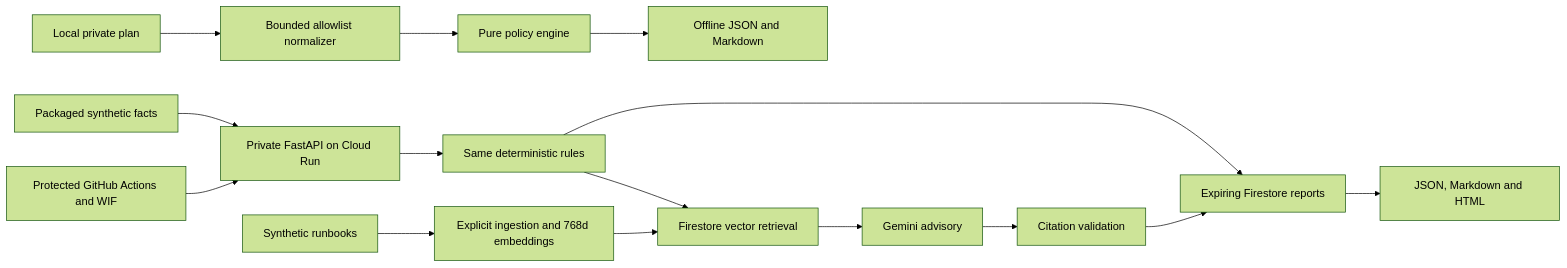
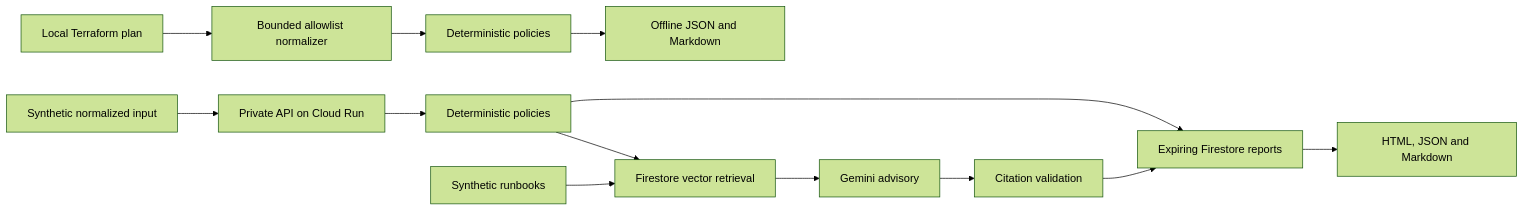
The diagram in README.md (mdaninas/terramind-gcp), drawn with Mermaid (forest theme) before and after one commit. The commit also changed other lines of this file, not shown here.

````diff
--- a/README.md
+++ b/README.md
@@ -112,17 +138,15 @@
 ```mermaid
 flowchart LR
-    A[Local private plan] --> B[Bounded allowlist normalizer]
-    B --> C[Pure policy engine]
+    A[Local Terraform plan] --> B[Bounded allowlist normalizer]
+    B --> C[Deterministic policies]
     C --> D[Offline JSON and Markdown]
-    S[Packaged synthetic facts] --> E[Private FastAPI on Cloud Run]
-    E --> F[Same deterministic rules]
+    S[Synthetic normalized input] --> E[Private API on Cloud Run]
+    E --> F[Deterministic policies]
     F --> G[Firestore vector retrieval]
     G --> H[Gemini advisory]
     H --> I[Citation validation]
     F --> J[Expiring Firestore reports]
     I --> J
-    J --> K[JSON, Markdown and HTML]
-    L[Synthetic runbooks] --> M[Explicit ingestion and 768d embeddings]
-    M --> G
-    N[Protected GitHub Actions and WIF] --> E
+    J --> K[HTML, JSON and Markdown]
+    L[Synthetic runbooks] --> G
 ```
````
